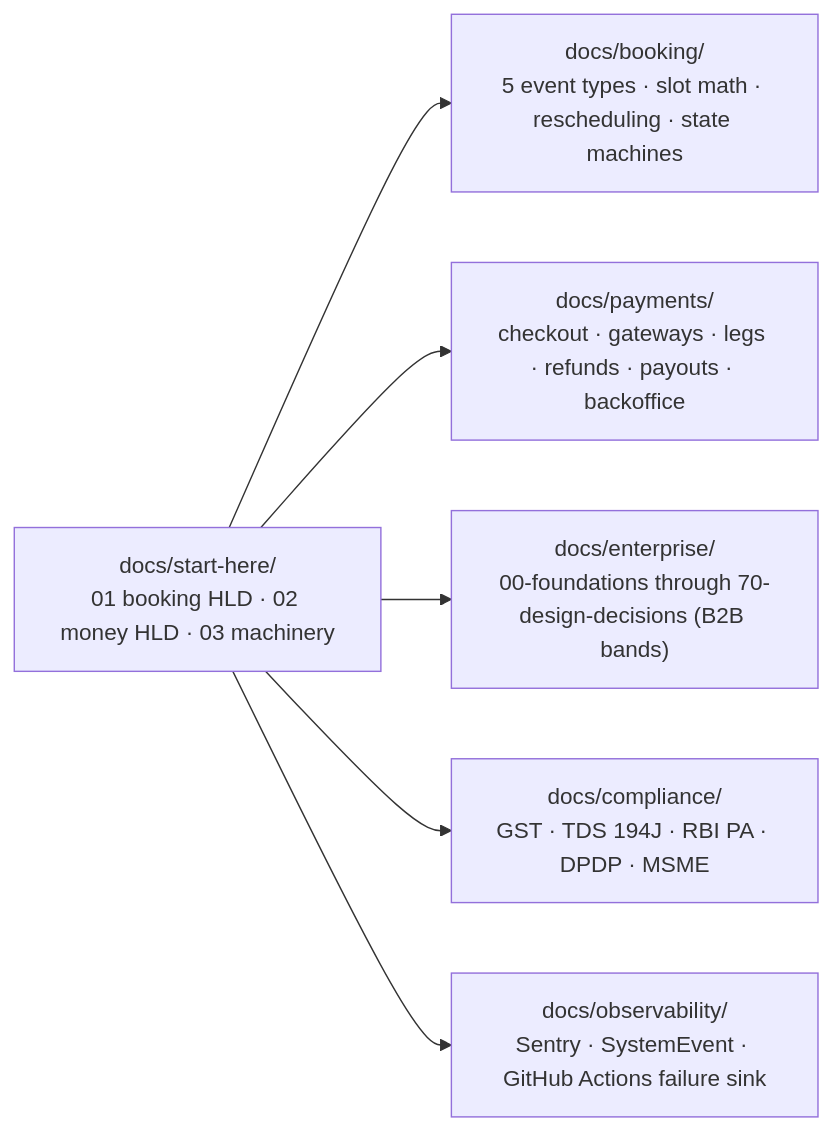
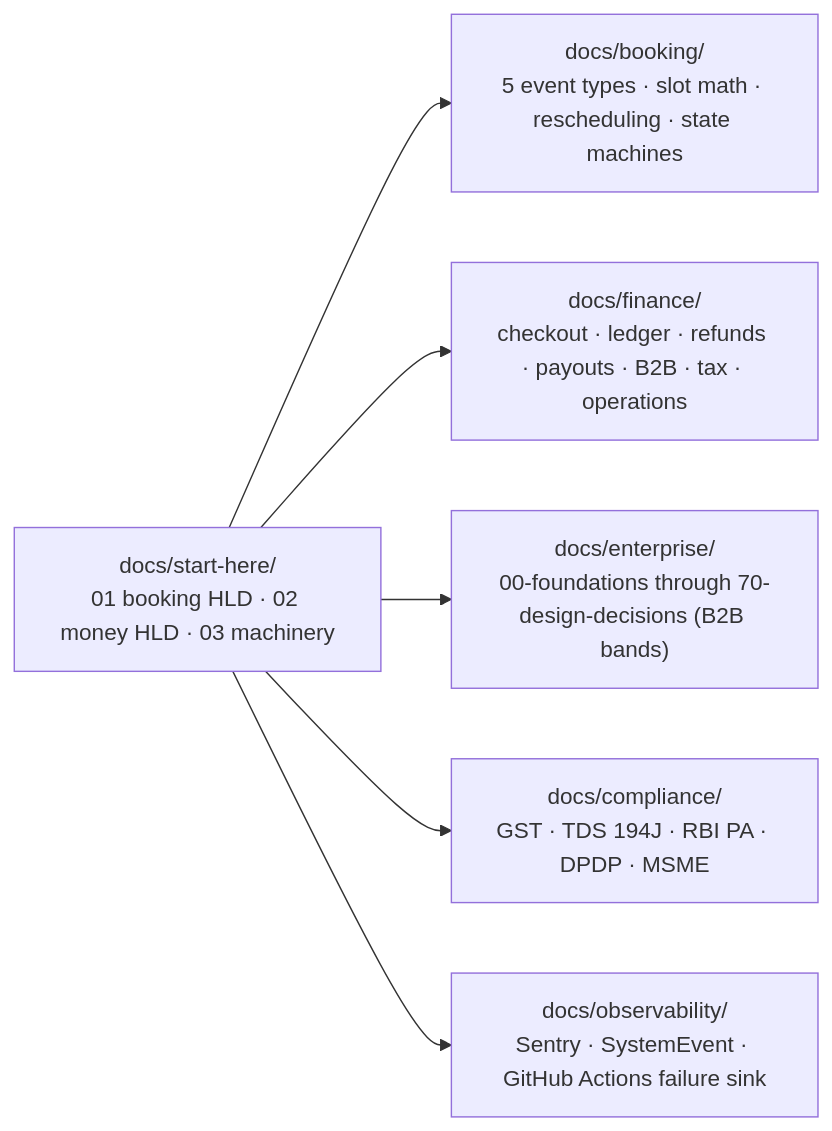
One commit to Practitionist/familiarise_web changed the diagram in docs/start-here/README.md. Above: the diagram before and after it, drawn with Mermaid. The commit also changed other lines of this file and 28 other files, not shown here.

First line of the commit message:
docs(finance): rewrite B2B and operations sections, finance index and decisions (package C)

````diff
--- a/docs/start-here/README.md
+++ b/docs/start-here/README.md
@@ -33,8 +33,8 @@
 ```mermaid
 flowchart LR
   START["docs/start-here/<br/>01 booking HLD · 02 money HLD · 03 machinery"] --> BOOK["docs/booking/<br/>5 event types · slot math · rescheduling · state machines"]
-  START --> PAY["docs/payments/<br/>checkout · gateways · legs · refunds · payouts · backoffice"]
+  START --> PAY["docs/finance/<br/>checkout · ledger · refunds · payouts · B2B · tax · operations"]
   START --> ENT["docs/enterprise/<br/>00-foundations through 70-design-decisions (B2B bands)"]
   START --> COMP["docs/compliance/<br/>GST · TDS 194J · RBI PA · DPDP · MSME"]
   START --> OBS["docs/observability/<br/>Sentry · SystemEvent · GitHub Actions failure sink"]
 ```
````
